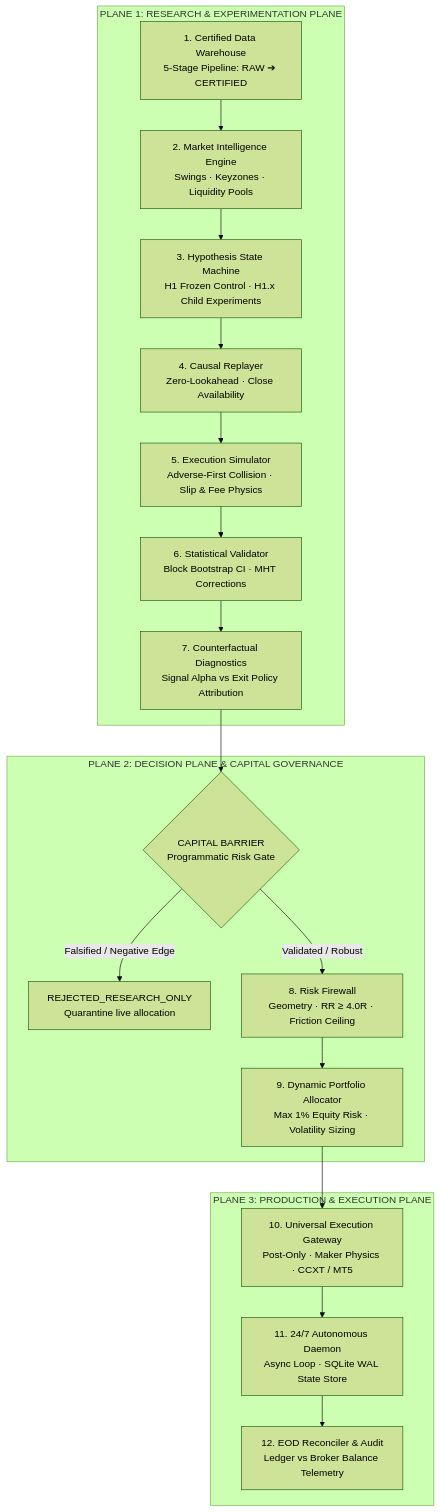
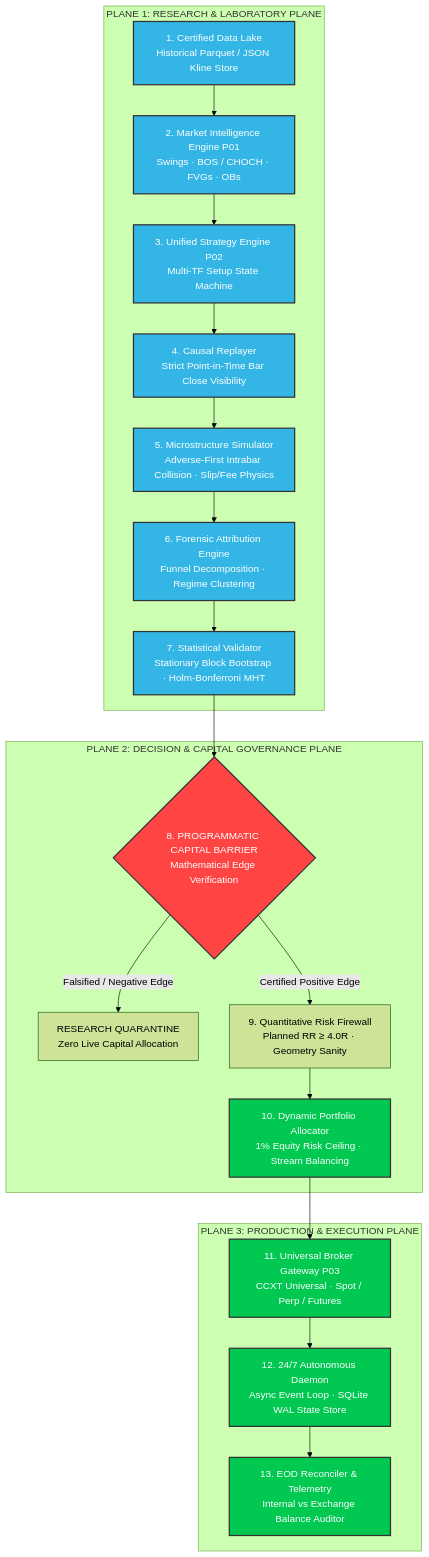
Before and after one commit to Quantitative-Systems/crypto-platform: the first of 3 diagrams in README.md, drawn with Mermaid (forest theme). The commit also changed other lines of this file, not shown here.

Commit message:
docs: upgrade README to institutional standard with Phase 10 results and architecture diagrams

````diff
--- a/README.md
+++ b/README.md
@@ -27,24 +63,31 @@
 ```mermaid
 flowchart TD
-    subgraph Plane1 [PLANE 1: RESEARCH & EXPERIMENTATION PLANE]
-        D01[1. Certified Data Warehouse<br/>5-Stage Pipeline: RAW ➔ CERTIFIED] --> D02[2. Market Intelligence Engine<br/>Swings · Keyzones · Liquidity Pools]
-        D02 --> D03[3. Hypothesis State Machine<br/>H1 Frozen Control · H1.x Child Experiments]
-        D03 --> D04[4. Causal Replayer<br/>Zero-Lookahead · Close Availability]
-        D04 --> D05[5. Execution Simulator<br/>Adverse-First Collision · Slip & Fee Physics]
-        D05 --> D06[6. Statistical Validator<br/>Block Bootstrap CI · MHT Corrections]
-        D06 --> D07[7. Counterfactual Diagnostics<br/>Signal Alpha vs Exit Policy Attribution]
+    subgraph Plane1 ["PLANE 1: RESEARCH & LABORATORY PLANE"]
+        L01["1. Certified Data Lake<br/>Historical Parquet / JSON Kline Store"] --> L02["2. Market Intelligence Engine P01<br/>Swings · BOS / CHOCH · FVGs · OBs"]
+        L02 --> L03["3. Unified Strategy Engine P02<br/>Multi-TF Setup State Machine"]
+        L03 --> L04["4. Causal Replayer<br/>Strict Point-in-Time Bar Close Visibility"]
+        L04 --> L05["5. Microstructure Simulator<br/>Adverse-First Intrabar Collision · Slip/Fee Physics"]
+        L05 --> L06["6. Forensic Attribution Engine<br/>Funnel Decomposition · Regime Clustering"]
+        L06 --> L07["7. Statistical Validator<br/>Stationary Block Bootstrap · Holm-Bonferroni MHT"]
     end
 
-    subgraph Plane2 [PLANE 2: DECISION PLANE & CAPITAL GOVERNANCE]
-        D07 --> CB{CAPITAL BARRIER<br/>Programmatic Risk Gate}
-        CB -->|Falsified / Negative Edge| RO[REJECTED_RESEARCH_ONLY<br/>Quarantine live allocation]
-        CB -->|Validated / Robust| D08[8. Risk Firewall<br/>Geometry · RR ≥ 4.0R · Friction Ceiling]
-        D08 --> D09[9. Dynamic Portfolio Allocator<br/>Max 1% Equity Risk · Volatility Sizing]
+    subgraph Plane2 ["PLANE 2: DECISION & CAPITAL GOVERNANCE PLANE"]
+        L07 --> CB{"8. PROGRAMMATIC CAPITAL BARRIER<br/>Mathematical Edge Verification"}
+        CB -->|Falsified / Negative Edge| Q["RESEARCH QUARANTINE<br/>Zero Live Capital Allocation"]
+        CB -->|Certified Positive Edge| L09["9. Quantitative Risk Firewall<br/>Planned RR ≥ 4.0R · Geometry Sanity"]
+        L09 --> L10["10. Dynamic Portfolio Allocator<br/>1% Equity Risk Ceiling · Stream Balancing"]
     end
 
-    subgraph Plane3 [PLANE 3: PRODUCTION & EXECUTION PLANE]
-        D09 --> D10[10. Universal Execution Gateway<br/>Post-Only · Maker Physics · CCXT / MT5]
-        D10 --> D11[11. 24/7 Autonomous Daemon<br/>Async Loop · SQLite WAL State Store]
-        D11 --> D12[12. EOD Reconciler & Audit<br/>Ledger vs Broker Balance Telemetry]
+    subgraph Plane3 ["PLANE 3: PRODUCTION & EXECUTION PLANE"]
+        L10 --> L11["11. Universal Broker Gateway P03<br/>CCXT Universal · Spot / Perp / Futures"]
+        L11 --> L12["12. 24/7 Autonomous Daemon<br/>Async Event Loop · SQLite WAL State Store"]
+        L12 --> L13["13. EOD Reconciler & Telemetry<br/>Internal vs Exchange Balance Auditor"]
     end
+
+    classDef barrier fill:#ff4444,stroke:#333,stroke-width:2px,color:#fff;
+    classDef approved fill:#00C851,stroke:#333,stroke-width:2px,color:#fff;
+    classDef research fill:#33b5e5,stroke:#333,stroke-width:2px,color:#fff;
+    class CB barrier;
+    class L10,L11,L12,L13 approved;
+    class L01,L02,L03,L04,L05,L06,L07 research;
 ```
````
